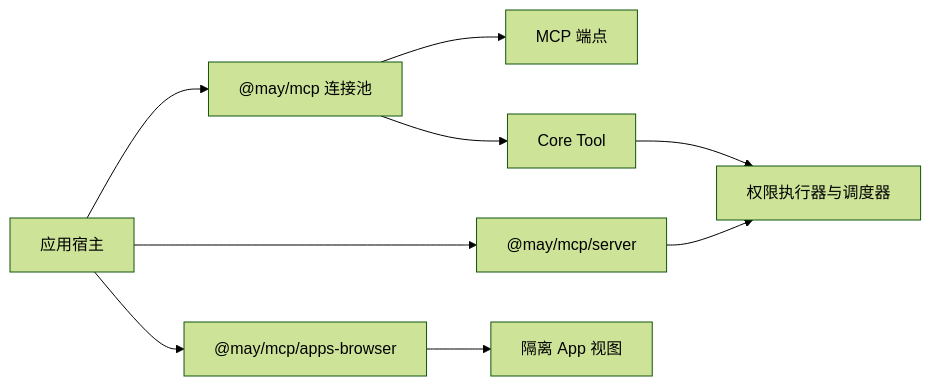
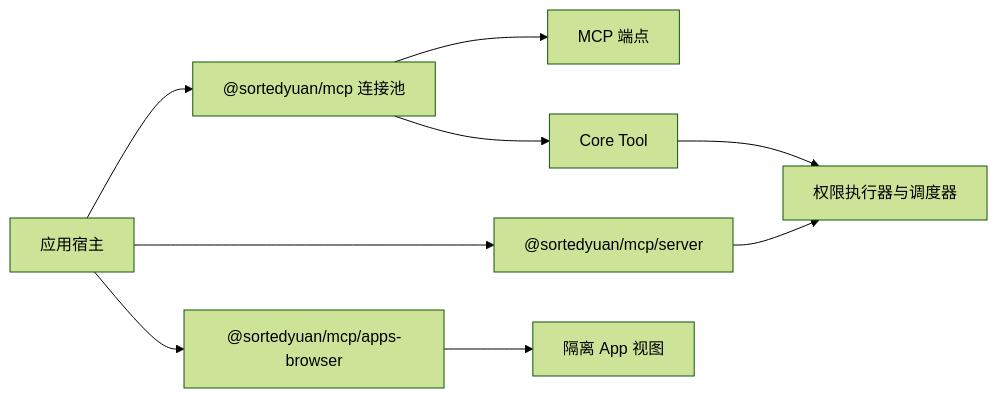
The diagram in docs/zh-CN/reference/mcp-capabilities.md (qiuyaodawo/May), drawn with Mermaid (forest theme) before and after one commit. The commit also changed other lines of this file and 685 other files, not shown here.

````diff
--- a/docs/zh-CN/reference/mcp-capabilities.md
+++ b/docs/zh-CN/reference/mcp-capabilities.md
@@ -11,11 +11,11 @@
 ```mermaid
 flowchart LR
-  host[应用宿主] --> client["@may/mcp 连接池"]
+  host[应用宿主] --> client["@sortedyuan/mcp 连接池"]
   client --> remote[MCP 端点]
   client --> tool[Core Tool]
   tool --> executor[权限执行器与调度器]
-  host --> server["@may/mcp/server"]
+  host --> server["@sortedyuan/mcp/server"]
   server --> executor
-  host --> browser["@may/mcp/apps-browser"]
+  host --> browser["@sortedyuan/mcp/apps-browser"]
   browser --> view[隔离 App 视图]
 ```
````
